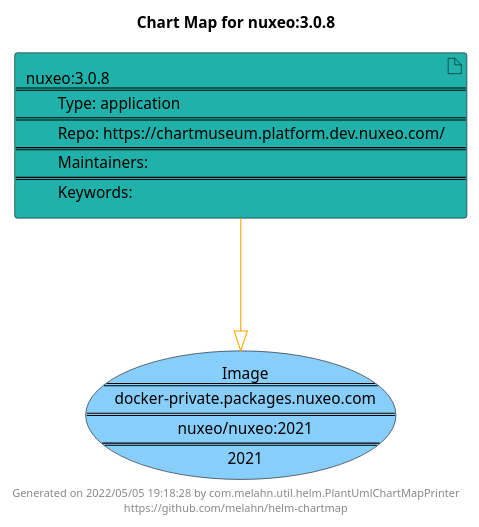
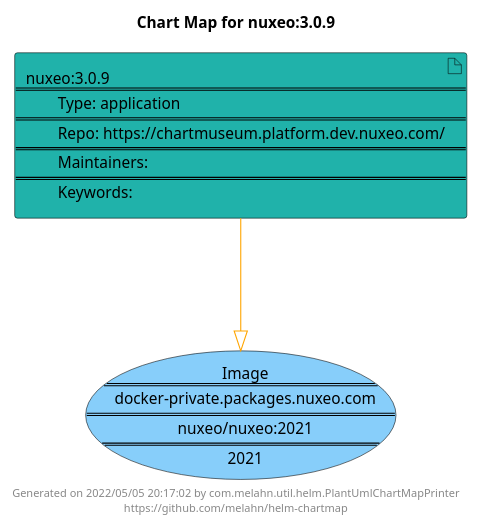
One commit to melahn/helm-chartmap changed the diagram in docs/nuxeo/nuxeo-3.0.9.puml. Above: the diagram before and after it, drawn with PlantUML. The commit also changed 64 other files, not shown here.

Commit message:
Update Example Chart Maps as part of GitHub build

```diff
--- a/docs/nuxeo/nuxeo-3.0.9.puml
+++ b/docs/nuxeo/nuxeo-3.0.9.puml
@@ -1,21 +1,21 @@
 @startuml
 skinparam linetype ortho
 skinparam backgroundColor white
 skinparam usecaseBorderColor black
 skinparam usecaseArrowColor LightSlateGray
 skinparam artifactBorderColor black
 skinparam artifactArrowColor LightSlateGray
 
-title Chart Map for nuxeo:3.0.8
+title Chart Map for nuxeo:3.0.9
 
 'There is one referenced Helm Chart
-artifact "nuxeo:3.0.8\n====\n\tType: application\n====\n\tRepo: https://chartmuseum.platform.dev.nuxeo.com/\n====\n\tMaintainers: \n====\n\tKeywords: " as nuxeo_3_0_8 #LightSeaGreen
+artifact "nuxeo:3.0.9\n====\n\tType: application\n====\n\tRepo: https://chartmuseum.platform.dev.nuxeo.com/\n====\n\tMaintainers: \n====\n\tKeywords: " as nuxeo_3_0_9 #LightSeaGreen
 
 'There is one referenced Docker Image
 usecase "Image\n====\ndocker-private.packages.nuxeo.com\n====\nnuxeo/nuxeo:2021\n====\n2021" as docker_private_packages_nuxeo_com_nuxeo_nuxeo_2021 #LightSkyBlue
 
 'Chart Dependencies
-nuxeo_3_0_8--[#orange]-|>docker_private_packages_nuxeo_com_nuxeo_nuxeo_2021
+nuxeo_3_0_9--[#orange]-|>docker_private_packages_nuxeo_com_nuxeo_nuxeo_2021
 
-center footer Generated on 2022/05/05 19:18:28 by com.melahn.util.helm.PlantUmlChartMapPrinter\nhttps://github.com/melahn/helm-chartmap
+center footer Generated on 2022/05/05 20:17:02 by com.melahn.util.helm.PlantUmlChartMapPrinter\nhttps://github.com/melahn/helm-chartmap
 @enduml
```
